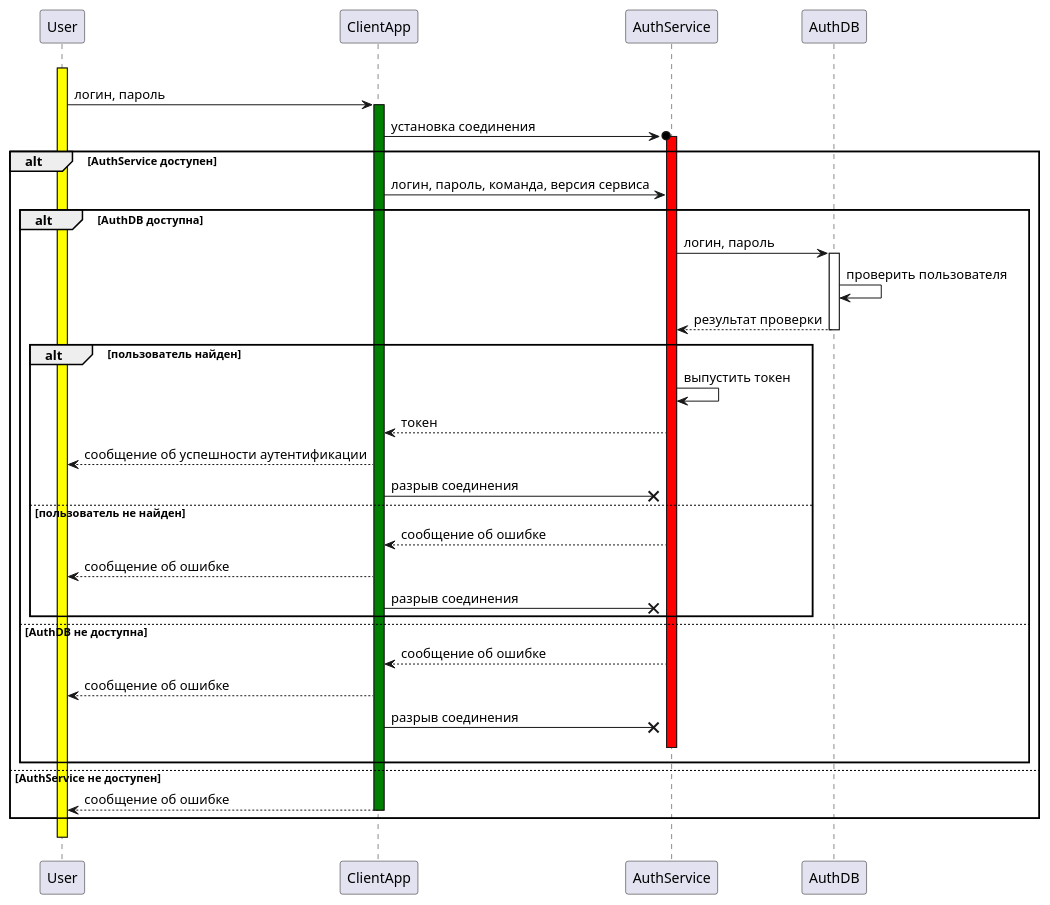
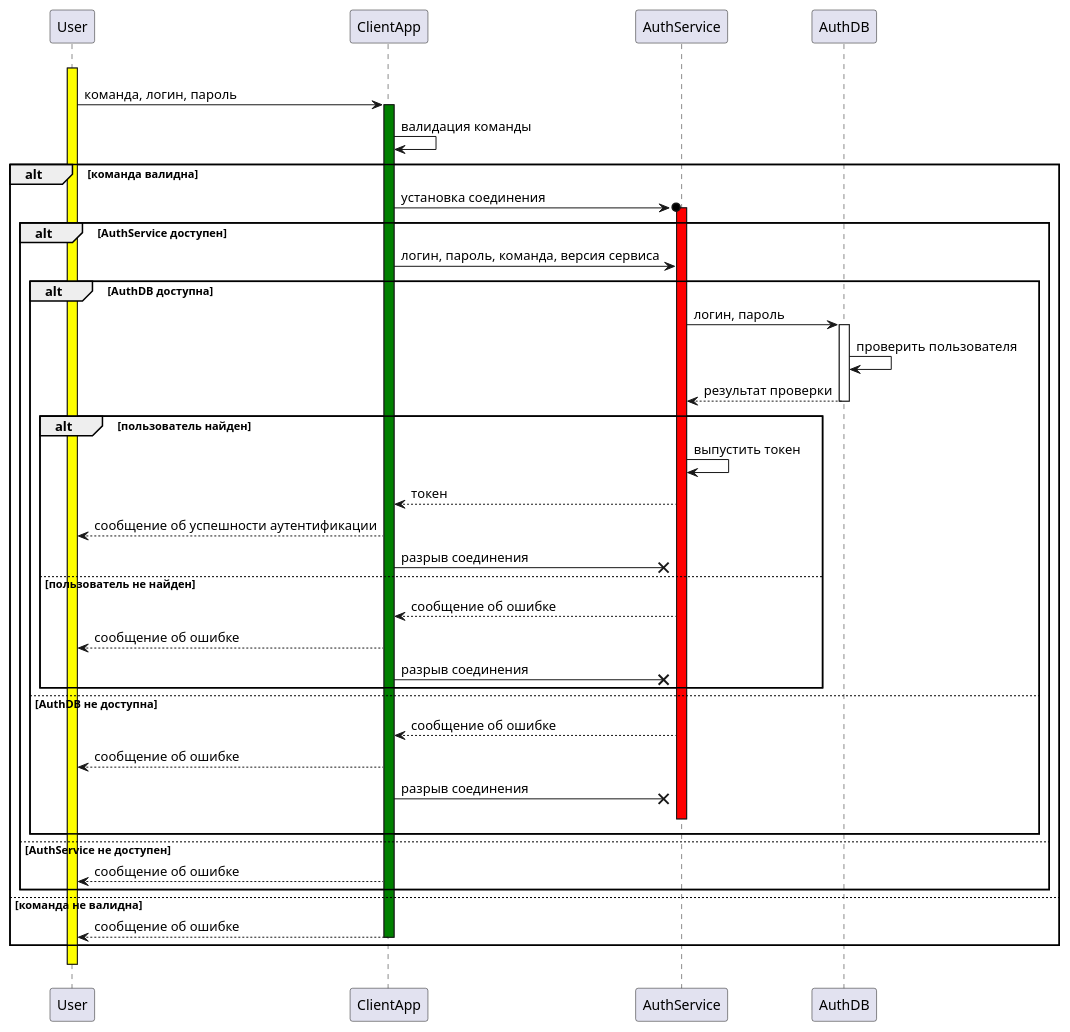
One commit to sberdyshev/java-file-handling changed the diagram in docs/uml/sequence diagrams/authenticationSequenceDiagram.puml. Above: the diagram before and after it, drawn with PlantUML. The commit also changed 5 other files, not shown here.

Commit message:
Added command format description, fixed diagrams

```diff
--- a/docs/uml/sequence diagrams/authenticationSequenceDiagram.puml
+++ b/docs/uml/sequence diagrams/authenticationSequenceDiagram.puml
@@ -1,35 +1,40 @@
 @startuml
 
 User -[hidden]-> User ++ #yellow
-User -> ClientApp ++ #green: логин, пароль
-ClientApp ->o AuthService ++ #red: установка соединения
+User -> ClientApp ++ #green: команда, логин, пароль
+ClientApp -> ClientApp: валидация команды
 
-alt AuthService доступен
-    ClientApp -> AuthService: логин, пароль, команда, версия сервиса
-    alt AuthDB доступна
-        AuthService -> AuthDB ++ #white: логин, пароль
-        AuthDB -> AuthDB: проверить пользователя
-        AuthDB --> AuthService -- #white: результат проверки
-        alt пользователь найден
-            AuthService -> AuthService: выпустить токен
-            AuthService --> ClientApp: токен
-            ClientApp --> User: сообщение об успешности аутентификации
-            ClientApp ->x AuthService: разрыв соединения
-        else пользователь не найден
-            AuthService --> ClientApp: сообщение об ошибке
-            ClientApp --> User: сообщение об ошибке
-            ClientApp ->x AuthService: разрыв соединения
+alt команда валидна
+    ClientApp ->o AuthService ++ #red: установка соединения
+    alt AuthService доступен
+        ClientApp -> AuthService: логин, пароль, команда, версия сервиса
+        alt AuthDB доступна
+            AuthService -> AuthDB ++ #white: логин, пароль
+            AuthDB -> AuthDB: проверить пользователя
+            AuthDB --> AuthService -- #white: результат проверки
+            alt пользователь найден
+              AuthService -> AuthService: выпустить токен
+              AuthService --> ClientApp: токен
+              ClientApp --> User: сообщение об успешности аутентификации
+              ClientApp ->x AuthService: разрыв соединения
+            else пользователь не найден
+              AuthService --> ClientApp: сообщение об ошибке
+              ClientApp --> User: сообщение об ошибке
+              ClientApp ->x AuthService: разрыв соединения
+            end
+        else AuthDB не доступна
+          AuthService --> ClientApp: сообщение об ошибке
+          ClientApp --> User: сообщение об ошибке
+          ClientApp ->x AuthService: разрыв соединения
+          AuthService -[hidden]-> AuthService -- #red
         end
-    else AuthDB не доступна
-        AuthService --> ClientApp: сообщение об ошибке
-        ClientApp --> User: сообщение об ошибке
-        ClientApp ->x AuthService: разрыв соединения
-        AuthService -[hidden]-> AuthService -- #red
+    else AuthService не доступен
+      ClientApp --> User: сообщение об ошибке
     end
-else AuthService не доступен
+else команда не валидна
     ClientApp --> User -- #green: сообщение об ошибке
 end
 User -[hidden]-> User -- #yellow
 
 
 @enduml
```
